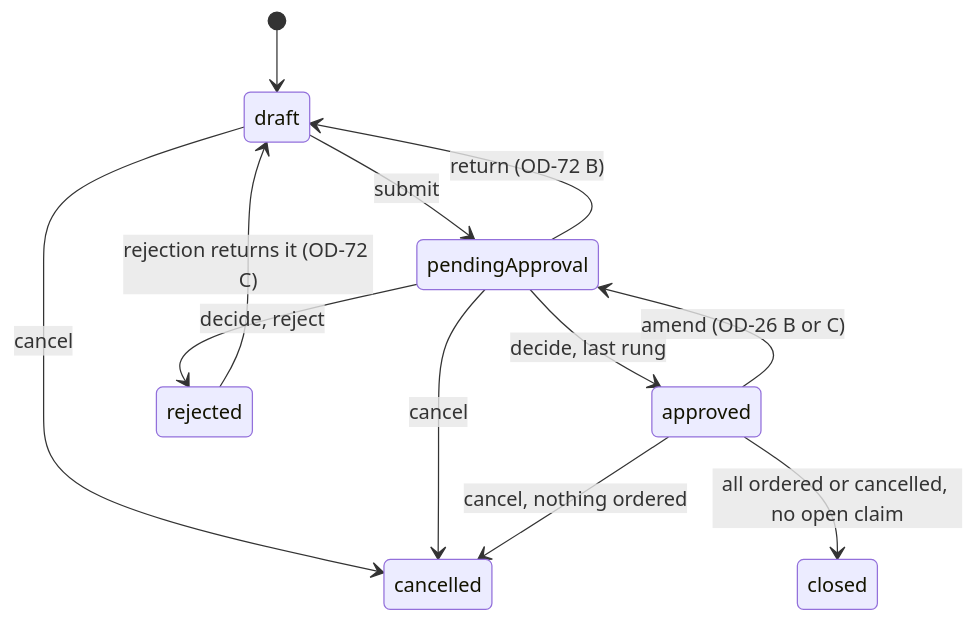
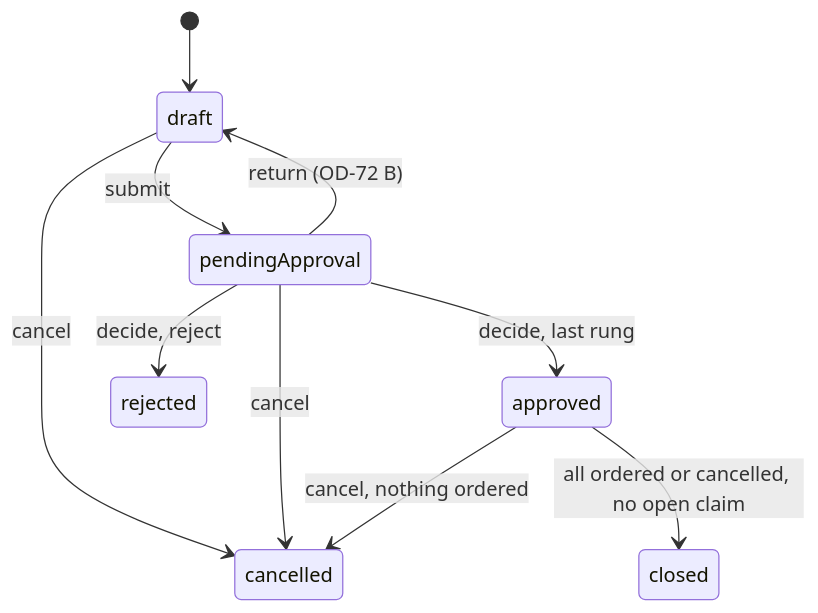
One commit to egycashcompany-ops/egycash changed the fourth of 12 diagrams in docs/12-planning/administration-module-design-flows.md. Above: the diagram before and after it, drawn with Mermaid. The commit also changed other lines of this file and 3 other files, not shown here.

````diff
--- a/docs/12-planning/administration-module-design-flows.md
+++ b/docs/12-planning/administration-module-design-flows.md
@@ -915,14 +924,12 @@
 ```mermaid
 stateDiagram-v2
   [*] --> draft
   draft --> pendingApproval : submit
   pendingApproval --> approved : decide, last rung
   pendingApproval --> rejected : decide, reject
   pendingApproval --> draft : return (OD-72 B)
-  rejected --> draft : rejection returns it (OD-72 C)
-  approved --> pendingApproval : amend (OD-26 B or C)
   draft --> cancelled : cancel
   pendingApproval --> cancelled : cancel
   approved --> cancelled : cancel, nothing ordered
   approved --> closed : all ordered or cancelled, no open claim
 ```
````
